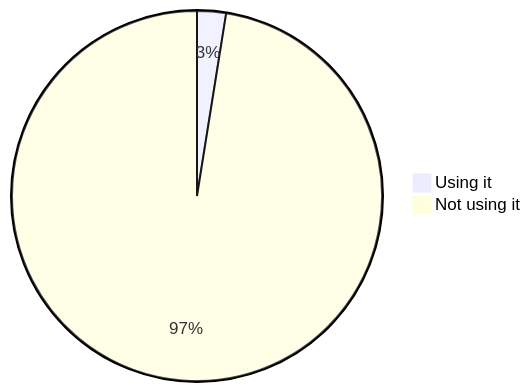
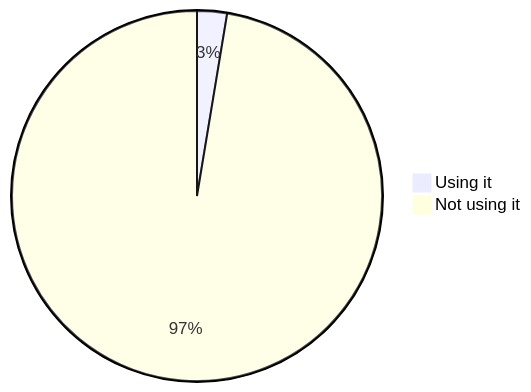
One commit to oshp/oshp-stats changed diagram 17 of 22 in stats.md. Above: the diagram before and after it, drawn with Mermaid. The commit also changed other lines of this file, not shown here.

````diff
--- a/stats.md
+++ b/stats.md
@@ -202,6 +202,6 @@
 ```mermaid
 pie
-	"Using it" : 2.52
-	"Not using it" : 97.48
+	"Using it" : 2.61
+	"Not using it" : 97.39
 
 ```
````
